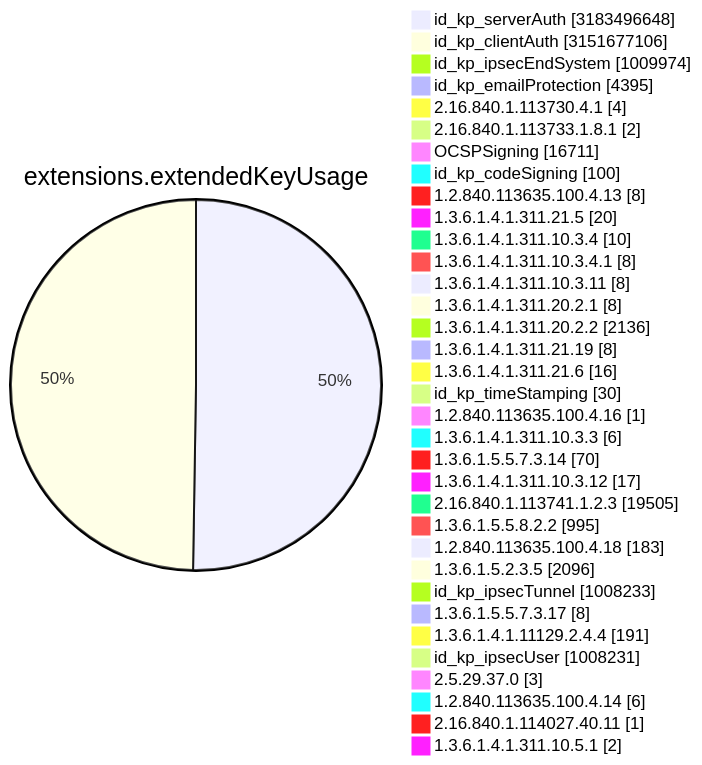
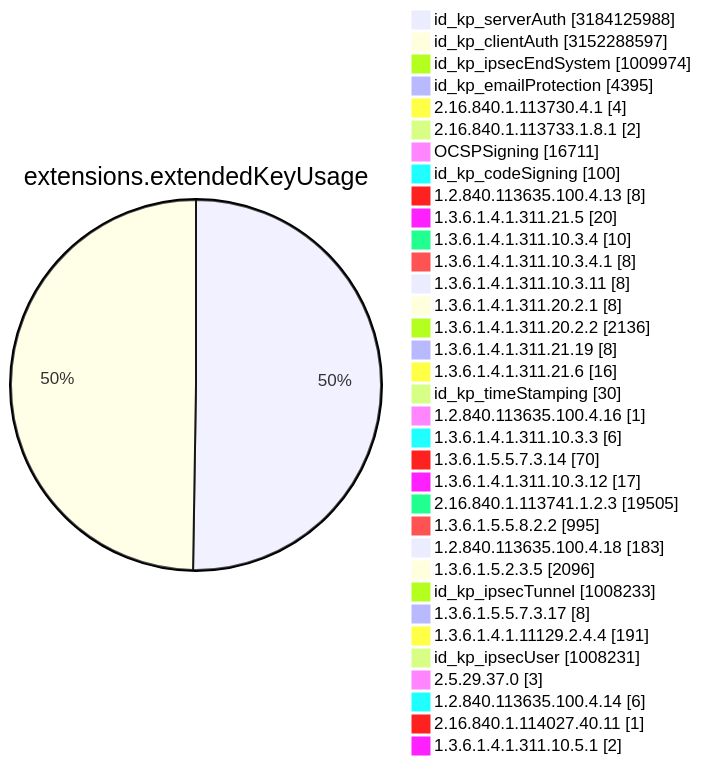
One commit to christiankrug/ctmonitor_visualization changed diagram 11 of 15 in TOTAL/README.md. Above: the diagram before and after it, drawn with Mermaid. The commit also changed other lines of this file, not shown here.

````diff
--- a/TOTAL/README.md
+++ b/TOTAL/README.md
@@ -4119,38 +4119,38 @@
 ```mermaid
 pie showData
 title extensions.extendedKeyUsage
-"id_kp_serverAuth" :3183496648
-"id_kp_clientAuth" :3151677106
+"id_kp_serverAuth" :3184125988
+"id_kp_clientAuth" :3152288597
 "id_kp_ipsecEndSystem" :1009974
 "id_kp_emailProtection" :4395
 "2.16.840.1.113730.4.1" :4
 "2.16.840.1.113733.1.8.1" :2
 "OCSPSigning" :16711
 "id_kp_codeSigning" :100
 "1.2.840.113635.100.4.13" :8
 "1.3.6.1.4.1.311.21.5" :20
 "1.3.6.1.4.1.311.10.3.4" :10
 "1.3.6.1.4.1.311.10.3.4.1" :8
 "1.3.6.1.4.1.311.10.3.11" :8
 "1.3.6.1.4.1.311.20.2.1" :8
 "1.3.6.1.4.1.311.20.2.2" :2136
 "1.3.6.1.4.1.311.21.19" :8
 "1.3.6.1.4.1.311.21.6" :16
 "id_kp_timeStamping" :30
 "1.2.840.113635.100.4.16" :1
 "1.3.6.1.4.1.311.10.3.3" :6
 "1.3.6.1.5.5.7.3.14" :70
 "1.3.6.1.4.1.311.10.3.12" :17
 "2.16.840.1.113741.1.2.3" :19505
 "1.3.6.1.5.5.8.2.2" :995
 "1.2.840.113635.100.4.18" :183
 "1.3.6.1.5.2.3.5" :2096
 "id_kp_ipsecTunnel" :1008233
 "1.3.6.1.5.5.7.3.17" :8
 "1.3.6.1.4.1.11129.2.4.4" :191
 "id_kp_ipsecUser" :1008231
 "2.5.29.37.0" :3
 "1.2.840.113635.100.4.14" :6
 "2.16.840.1.114027.40.11" :1
 "1.3.6.1.4.1.311.10.5.1" :2
 ```
````
